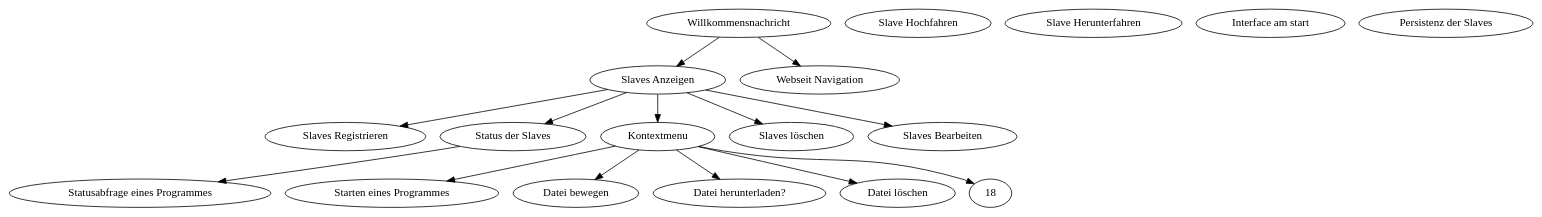
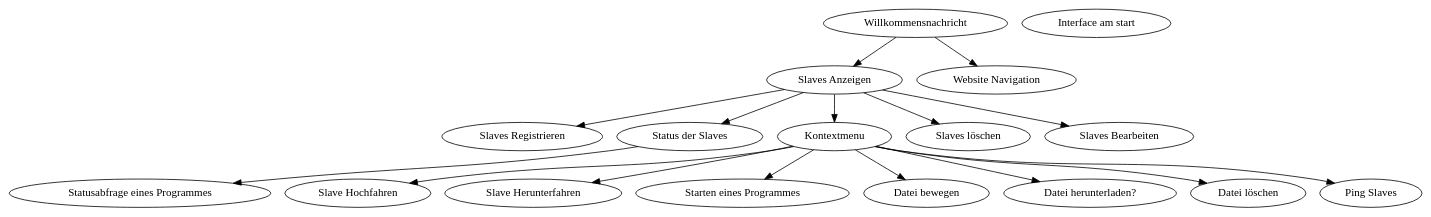
Before and after one commit to bp-flugsimulator/qs: the diagram in UserStories/dependecy.dot, drawn with Graphviz.

Commit message:
fixed some dependecies

```diff
--- a/UserStories/dependecy.dot
+++ b/UserStories/dependecy.dot
@@ -1,37 +1,40 @@
 digraph G {
     1 [label="Willkommensnachricht"];
     2 [label="Slaves Registrieren"];
     3 [label="Slave Hochfahren"];
     4 [label="Status der Slaves"];
     5 [label="Slave Herunterfahren"];
     6 [label="Kontextmenu"];
     7 [label="Starten eines Programmes"];
     8 [label="Statusabfrage eines Programmes"];
     9 [label="Datei bewegen"];
     10 [label="Datei herunterladen?"];
     11 [label="Datei löschen"];
     12 [label="Interface am start"];
-    13 [label="Persistenz der Slaves"];
     14 [label="Slaves löschen"];
     15 [label="Slaves Bearbeiten"];
     16 [label="Slaves Anzeigen"];
-    17 [label="Webseit Navigation"];
+    17 [label="Website Navigation"];
+    18 [label="Ping Slaves"];
 
     1 -> 16;
     1 -> 17;
 
     16 -> 2;
     16 -> 4;
     16 -> 6;
     16 -> 14;
     16 -> 15;
 
+    6 -> 3;
+    6 -> 5;
     6 -> 7;
     6 -> 9;
     6 -> 10;
     6 -> 11;
     6 -> 18;
 
+
     4 -> 8;
 
 }
```
